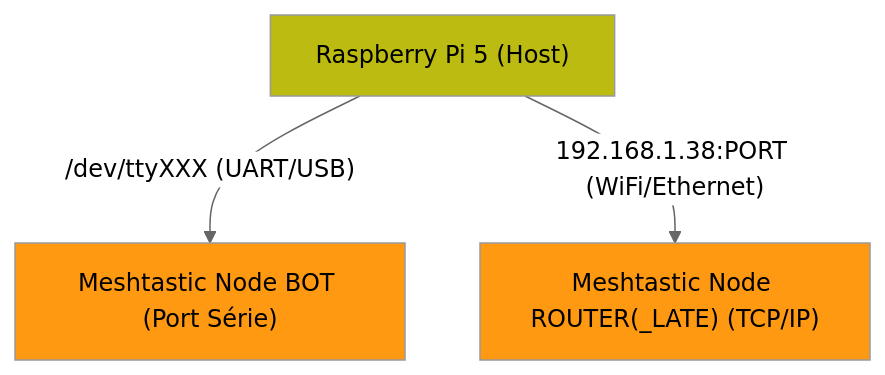
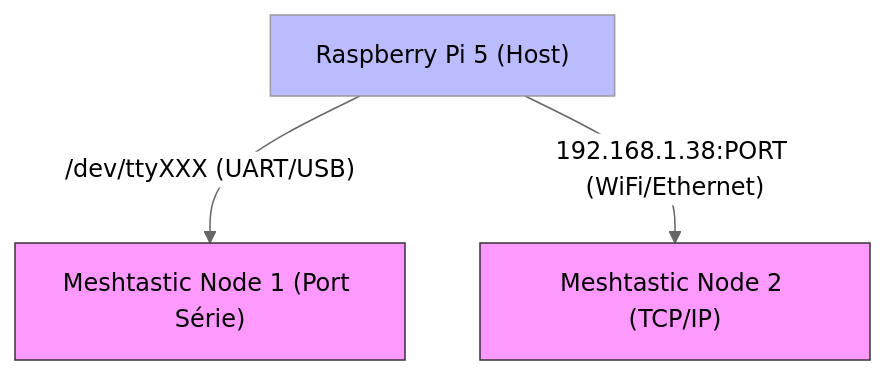
The diagram in README.md (Tigro14/meshbot), drawn with Mermaid (neutral theme) before and after one commit.

Commit message:
readme_cleanup

````diff
--- a/README.md
+++ b/README.md
@@ -9,15 +9,16 @@
 ```mermaid
 graph TD
     %% Styles
-    classDef node fill:#f91
-    classDef rpi fill:#bb1
-    
+    classDef node fill:#f9f,color:#000
+    classDef rpi fill:#bbf,color:#000
+    classDef connection stroke:#333,color:#000
+
     %% Nodes
     RPi5["Raspberry Pi 5 (Host)"]:::rpi
-    Meshtastic-bot["Meshtastic Node BOT (Port Série)"]:::node
-    Meshtastic-router["Meshtastic Node ROUTER(_LATE) (TCP/IP)"]:::node
+    Meshtastic-bot["Meshtastic Node 1 (Port Série)"]:::node
+    Meshtastic-router["Meshtastic Node 2 (TCP/IP)"]:::node
 
     %% Connections
     RPi5 -- "/dev/ttyXXX (UART/USB)" --> Meshtastic-bot:::connection
     RPi5 -- "192.168.1.38:PORT (WiFi/Ethernet)" --> Meshtastic-router:::connection
 ```
````
